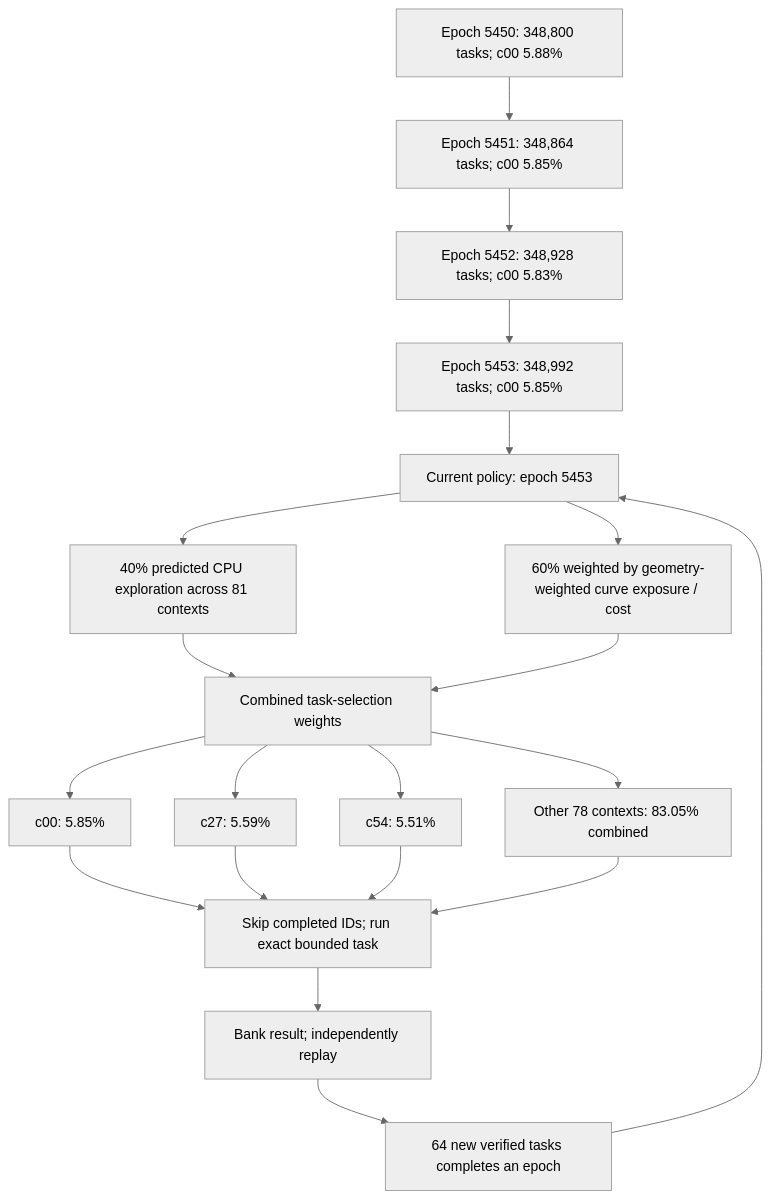
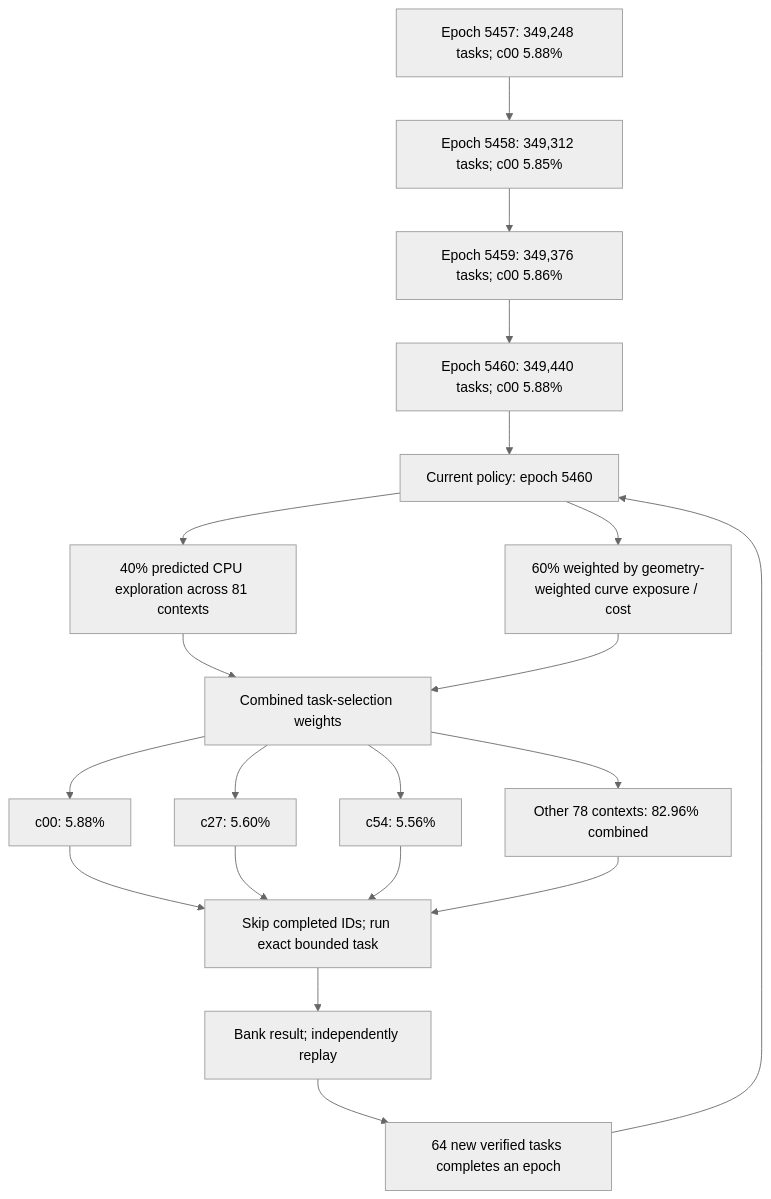
Before and after one commit to Kuberwastaken/math-gambling: the first of 3 diagrams in README.md, drawn with Mermaid (neutral theme). The commit also changed other lines of this file and 1221 other files, not shown here.

````diff
--- a/README.md
+++ b/README.md
@@ -60,27 +60,27 @@
 ```mermaid
 flowchart TD
-    H0["Epoch 5450: 348,800 tasks; c00 5.88%"]
-    H1["Epoch 5451: 348,864 tasks; c00 5.85%"]
+    H0["Epoch 5457: 349,248 tasks; c00 5.88%"]
+    H1["Epoch 5458: 349,312 tasks; c00 5.85%"]
     H0 --> H1
-    H2["Epoch 5452: 348,928 tasks; c00 5.83%"]
+    H2["Epoch 5459: 349,376 tasks; c00 5.86%"]
     H1 --> H2
-    H3["Epoch 5453: 348,992 tasks; c00 5.85%"]
+    H3["Epoch 5460: 349,440 tasks; c00 5.88%"]
     H2 --> H3
-    Policy["Current policy: epoch 5453"]
+    Policy["Current policy: epoch 5460"]
     H3 --> Policy
     Policy --> Explore["40% predicted CPU exploration across 81 contexts"]
     Policy --> Cost["60% weighted by geometry-weighted curve exposure / cost"]
     Explore --> Mix["Combined task-selection weights"]
     Cost --> Mix
-    Mix --> C0["c00: 5.85%"]
-    Mix --> C1["c27: 5.59%"]
-    Mix --> C2["c54: 5.51%"]
-    Mix --> Rest["Other 78 contexts: 83.05% combined"]
+    Mix --> C0["c00: 5.88%"]
+    Mix --> C1["c27: 5.60%"]
+    Mix --> C2["c54: 5.56%"]
+    Mix --> Rest["Other 78 contexts: 82.96% combined"]
     C0 --> Check["Skip completed IDs; run exact bounded task"]
     C1 --> Check
     C2 --> Check
     Rest --> Check
     Check --> Replay["Bank result; independently replay"]
     Replay --> Gate["64 new verified tasks completes an epoch"]
     Gate --> Policy
 ```
````
